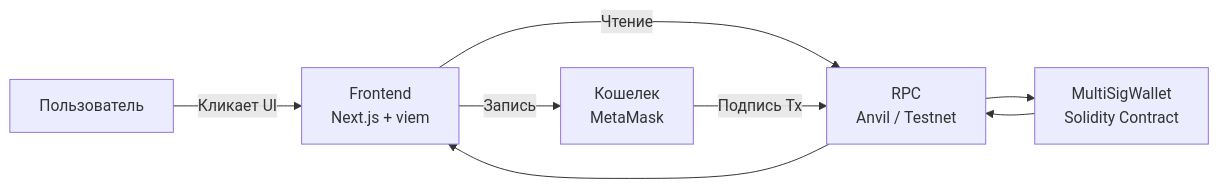
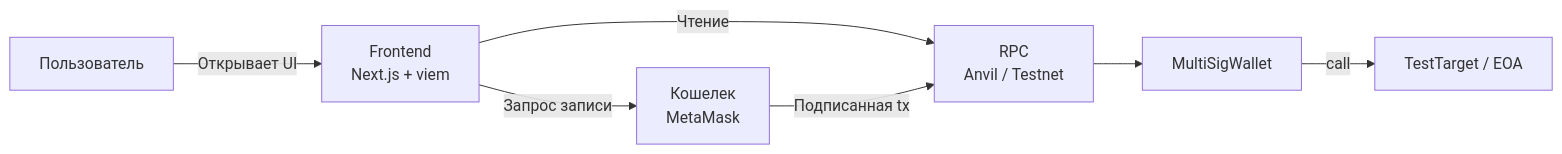
The second of 2 diagrams in README.md (MaksRe/multisig-wallet), drawn with Mermaid before and after one commit. The commit also changed other lines of this file and 17 other files, not shown here.

First line of the commit message:
feat: finalize multisig demo stack (contracts, frontend, scripts, docs)" -m "Contracts: - add TestTarget helper contract for multisig call testing - add TestTargetDeploy.s.sol - update MultiSigDeploy.s.sol to support env-driven owners/quorum

````diff
--- a/README.md
+++ b/README.md
@@ -107,10 +89,9 @@
 ```mermaid
 flowchart LR
-  User[Пользователь] -->|Кликает UI| Frontend[Frontend\nNext.js + viem]
+  User[Пользователь] -->|Открывает UI| Frontend[Frontend\nNext.js + viem]
   Frontend -->|Чтение| RPC[RPC\nAnvil / Testnet]
-  Frontend -->|Запись| Wallet[Кошелек\nMetaMask]
-  Wallet -->|Подпись Tx| RPC
-  RPC --> Contract[MultiSigWallet\nSolidity Contract]
-  Contract --> RPC
-  RPC --> Frontend
+  Frontend -->|Запрос записи| Wallet[Кошелек\nMetaMask]
+  Wallet -->|Подписанная tx| RPC
+  RPC --> MultiSig[MultiSigWallet]
+  MultiSig -->|call| Target[TestTarget / EOA]
 ```
````
